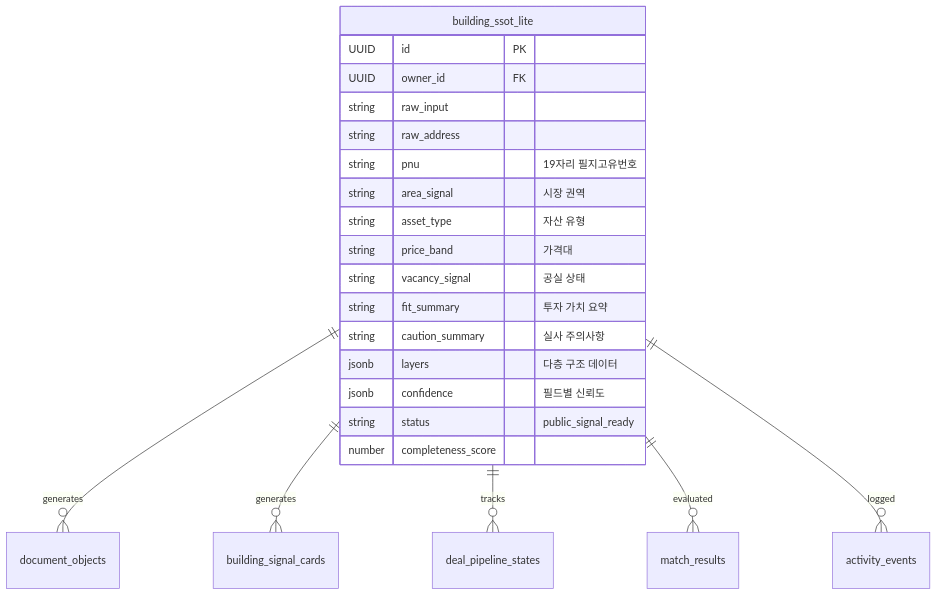
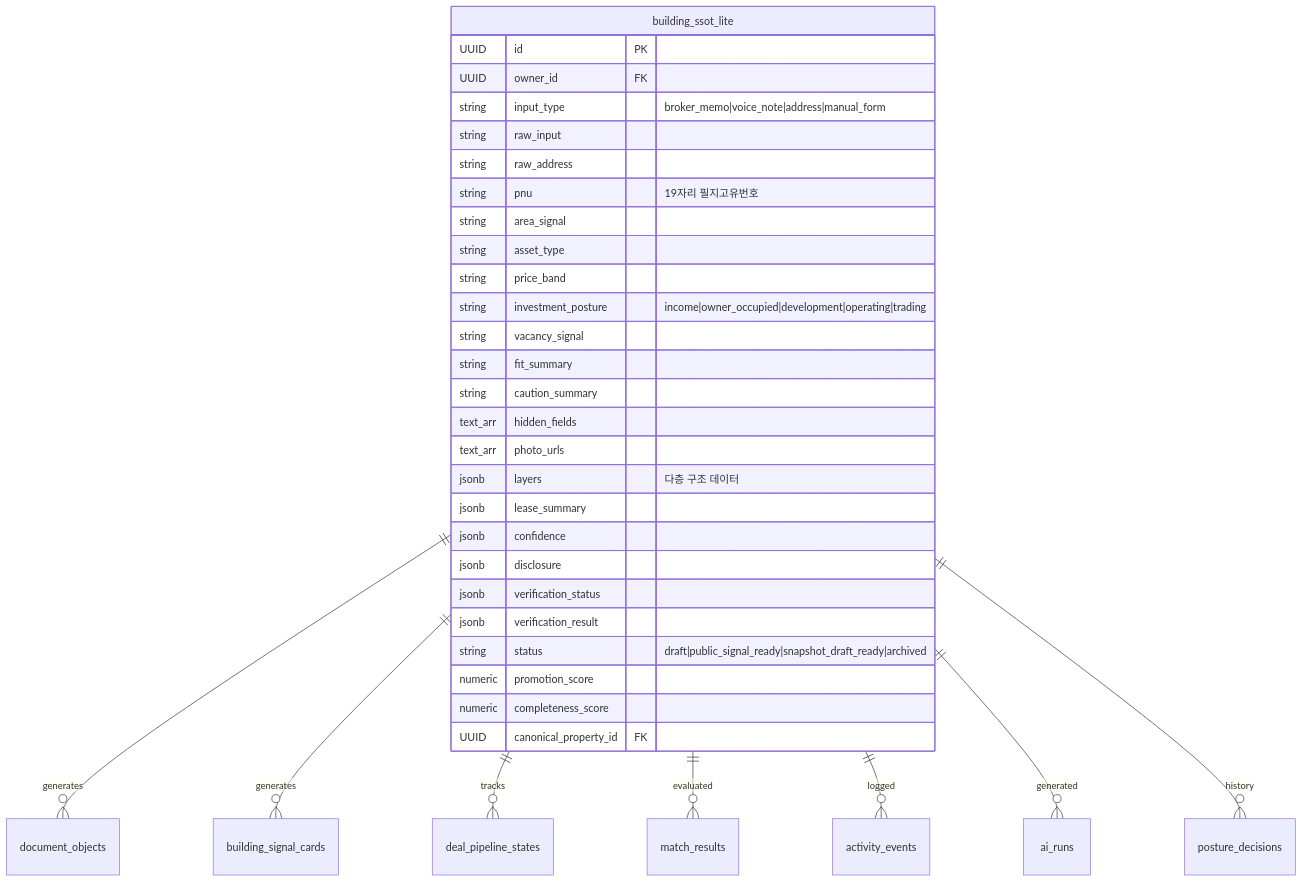
Before and after one commit to kboom8002/cre-dealcard: the third of 4 diagrams in docs/test0825/01_PIPELINE_FUNCTIONAL_SPEC.md, drawn with Mermaid. The commit also changed other lines of this file and 2 other files, not shown here.

````diff
--- a/docs/test0825/01_PIPELINE_FUNCTIONAL_SPEC.md
+++ b/docs/test0825/01_PIPELINE_FUNCTIONAL_SPEC.md
@@ -209,25 +209,37 @@
 ```mermaid
 erDiagram
     building_ssot_lite {
         UUID id PK
         UUID owner_id FK
+        string input_type "broker_memo|voice_note|address|manual_form"
         string raw_input
         string raw_address
         string pnu "19자리 필지고유번호"
-        string area_signal "시장 권역"
-        string asset_type "자산 유형"
-        string price_band "가격대"
-        string vacancy_signal "공실 상태"
-        string fit_summary "투자 가치 요약"
-        string caution_summary "실사 주의사항"
+        string area_signal
+        string asset_type
+        string price_band
+        string investment_posture "income|owner_occupied|development|operating|trading"
+        string vacancy_signal
+        string fit_summary
+        string caution_summary
+        text_arr hidden_fields
+        text_arr photo_urls
         jsonb layers "다층 구조 데이터"
-        jsonb confidence "필드별 신뢰도"
-        string status "public_signal_ready"
-        number completeness_score
+        jsonb lease_summary
+        jsonb confidence
+        jsonb disclosure
+        jsonb verification_status
+        jsonb verification_result
+        string status "draft|public_signal_ready|snapshot_draft_ready|archived"
+        numeric promotion_score
+        numeric completeness_score
+        UUID canonical_property_id FK
     }
     building_ssot_lite ||--o{ document_objects : "generates"
     building_ssot_lite ||--o{ building_signal_cards : "generates"
     building_ssot_lite ||--o{ deal_pipeline_states : "tracks"
     building_ssot_lite ||--o{ match_results : "evaluated"
     building_ssot_lite ||--o{ activity_events : "logged"
+    building_ssot_lite ||--o{ ai_runs : "generated"
+    building_ssot_lite ||--o{ posture_decisions : "history"
 ```
````
